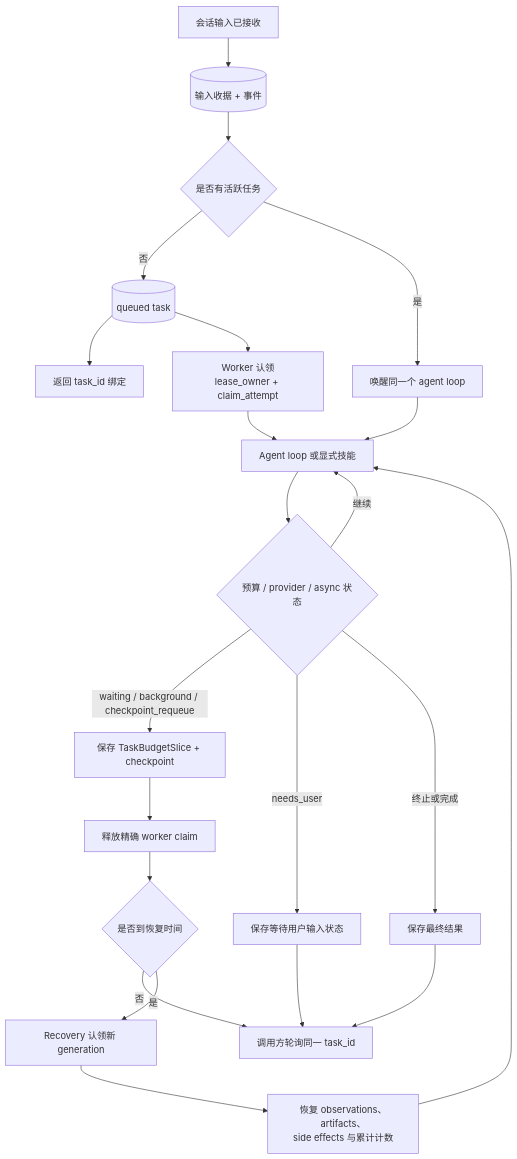
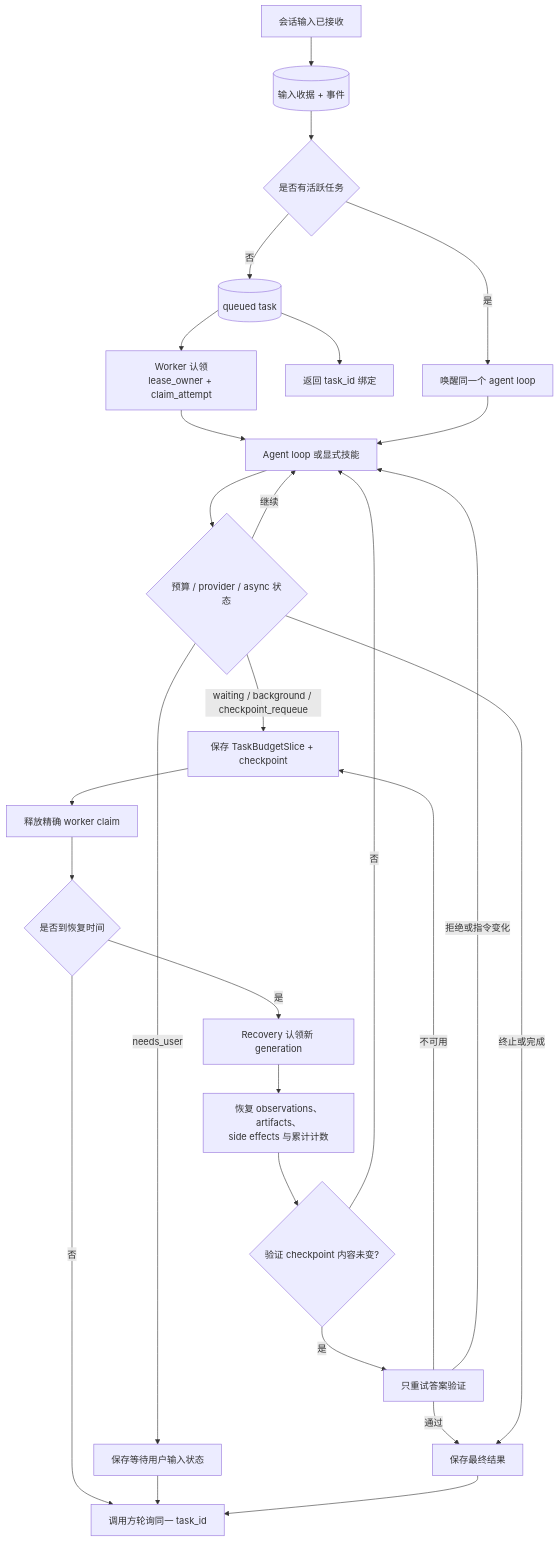
One commit to MatrixCoreX/RustClaw changed the second of 5 diagrams in docs/architecture/03-task-state-context.zh-CN.md. Above: the diagram before and after it, drawn with Mermaid. The commit also changed other lines of this file and 62 other files, not shown here.

````diff
--- a/docs/architecture/03-task-state-context.zh-CN.md
+++ b/docs/architecture/03-task-state-context.zh-CN.md
@@ -42,24 +48,29 @@
 ```mermaid
 flowchart TD
     A[会话输入已接收] --> A1[(输入收据 + 事件)]
     A1 --> A2{是否有活跃任务}
     A2 -->|否| B[(queued task)]
     A2 -->|是| A3[唤醒同一个 agent loop]
     B --> C[返回 task_id 绑定]
     B --> D[Worker 认领<br/>lease_owner + claim_attempt]
     D --> E[Agent loop 或显式技能]
     A3 --> E
     E --> F{预算 / provider / async 状态}
     F -->|继续| E
     F -->|waiting / background / checkpoint_requeue| G[保存 TaskBudgetSlice + checkpoint]
     G --> H[释放精确 worker claim]
     H --> I{是否到恢复时间}
     I -->|否| J[调用方轮询同一 task_id]
     I -->|是| K[Recovery 认领新 generation]
     K --> L[恢复 observations、artifacts、<br/>side effects 与累计计数]
-    L --> E
+    L --> LV{验证 checkpoint 内容未变?}
+    LV -->|是| VV[只重试答案验证]
+    LV -->|否| E
+    VV -->|通过| M
+    VV -->|不可用| G
+    VV -->|拒绝或指令变化| E
     F -->|needs_user| N[保存等待用户输入状态]
     N --> J
     F -->|终止或完成| M[保存最终结果]
     M --> J
 ```
````
